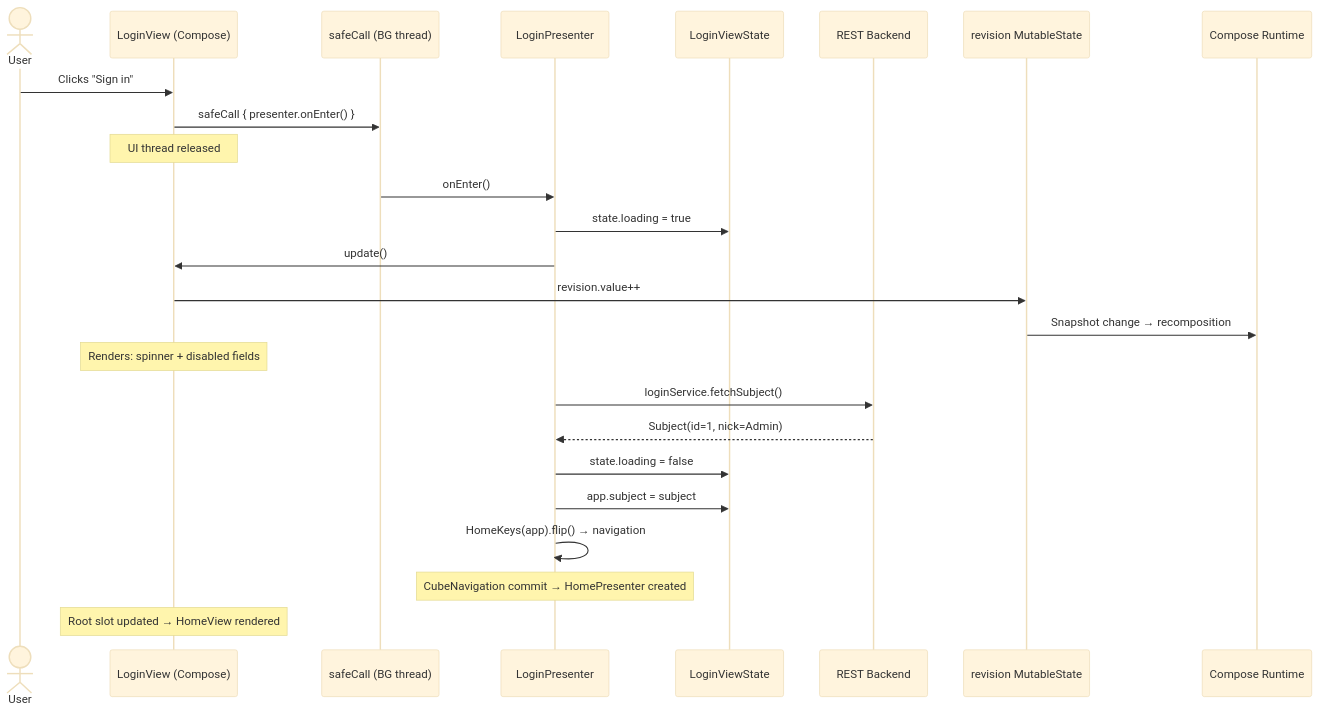
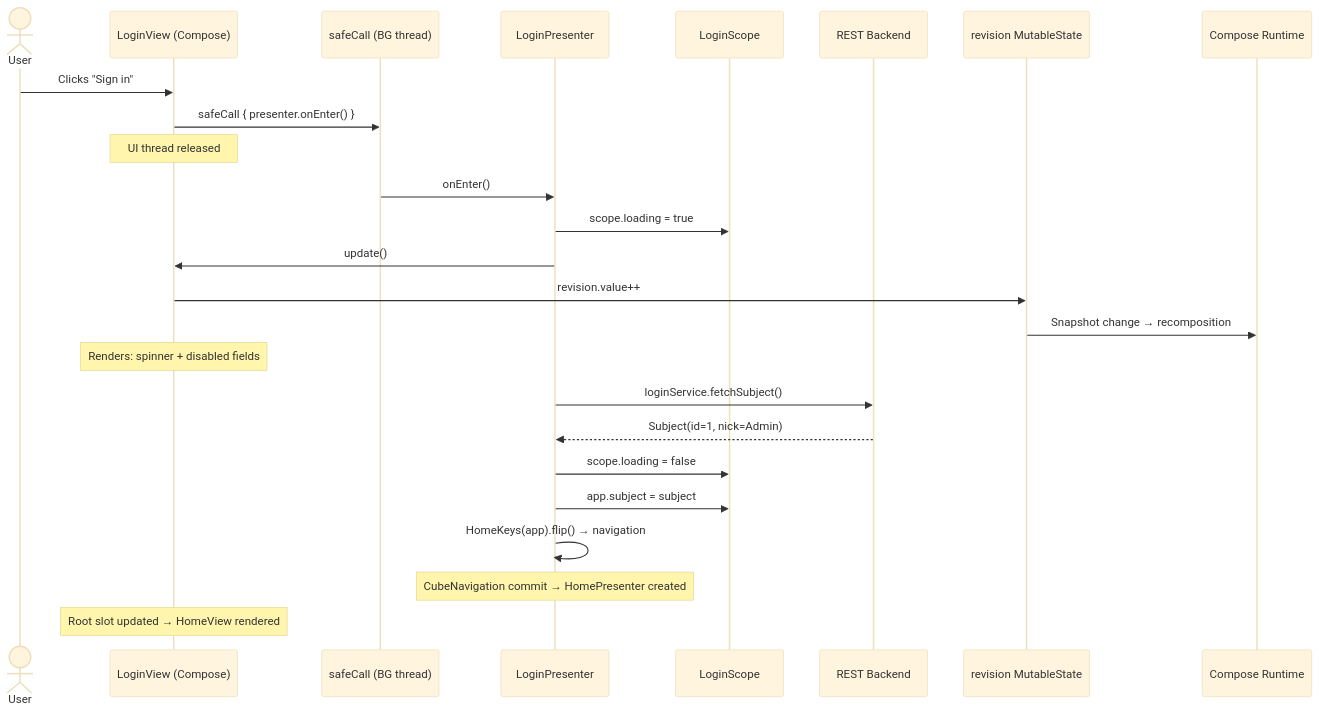
Before and after one commit to mrcdom/wdc-cube-kotlin: the fifth of 9 diagrams in docs/architecture-cube-compose.md, drawn with Mermaid (base theme). The commit also changed other lines of this file and 117 other files, not shown here.

First line of the commit message:
refactor(cube): ViewState becomes Scope, in code, protocol and docs

````diff
--- a/docs/architecture-cube-compose.md
+++ b/docs/architecture-cube-compose.md
@@ -246,31 +246,31 @@
 ```mermaid
 sequenceDiagram
     actor User as User
     participant View as LoginView (Compose)
     participant SC as safeCall (BG thread)
     participant P as LoginPresenter
-    participant S as LoginViewState
+    participant S as LoginScope
     participant API as REST Backend
     participant Rev as revision MutableState
     participant CR as Compose Runtime
 
     User->>View: Clicks "Sign in"
     View->>SC: safeCall { presenter.onEnter() }
     Note over View: UI thread released
 
     SC->>P: onEnter()
-    P->>S: state.loading = true
+    P->>S: scope.loading = true
     P->>View: update()
     View->>Rev: revision.value++
     Rev->>CR: Snapshot change → recomposition
     Note over View: Renders: spinner + disabled fields
 
     P->>API: loginService.fetchSubject()
     API-->>P: Subject(id=1, nick=Admin)
 
-    P->>S: state.loading = false
+    P->>S: scope.loading = false
     P->>S: app.subject = subject
     P->>P: HomeKeys(app).flip() → navigation
     Note over P: CubeNavigation commit → HomePresenter created
     Note over View: Root slot updated → HomeView rendered
 ```
````
